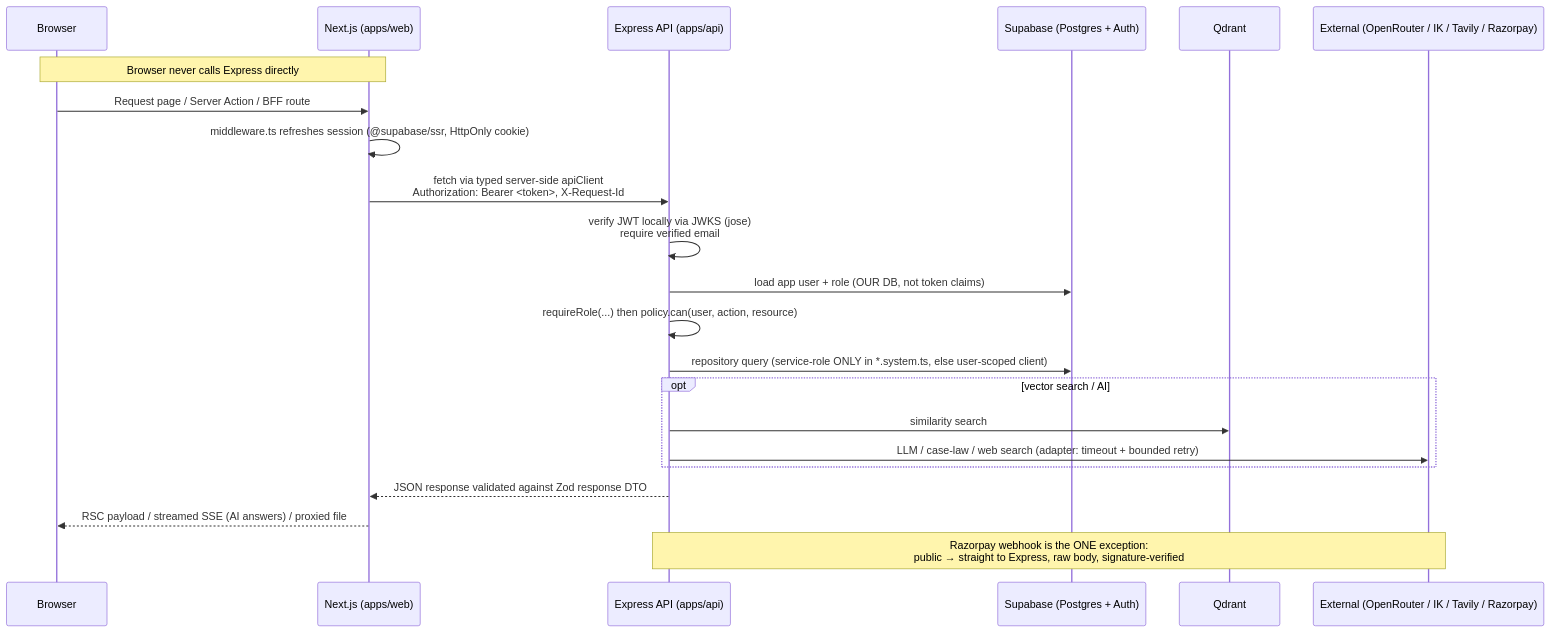
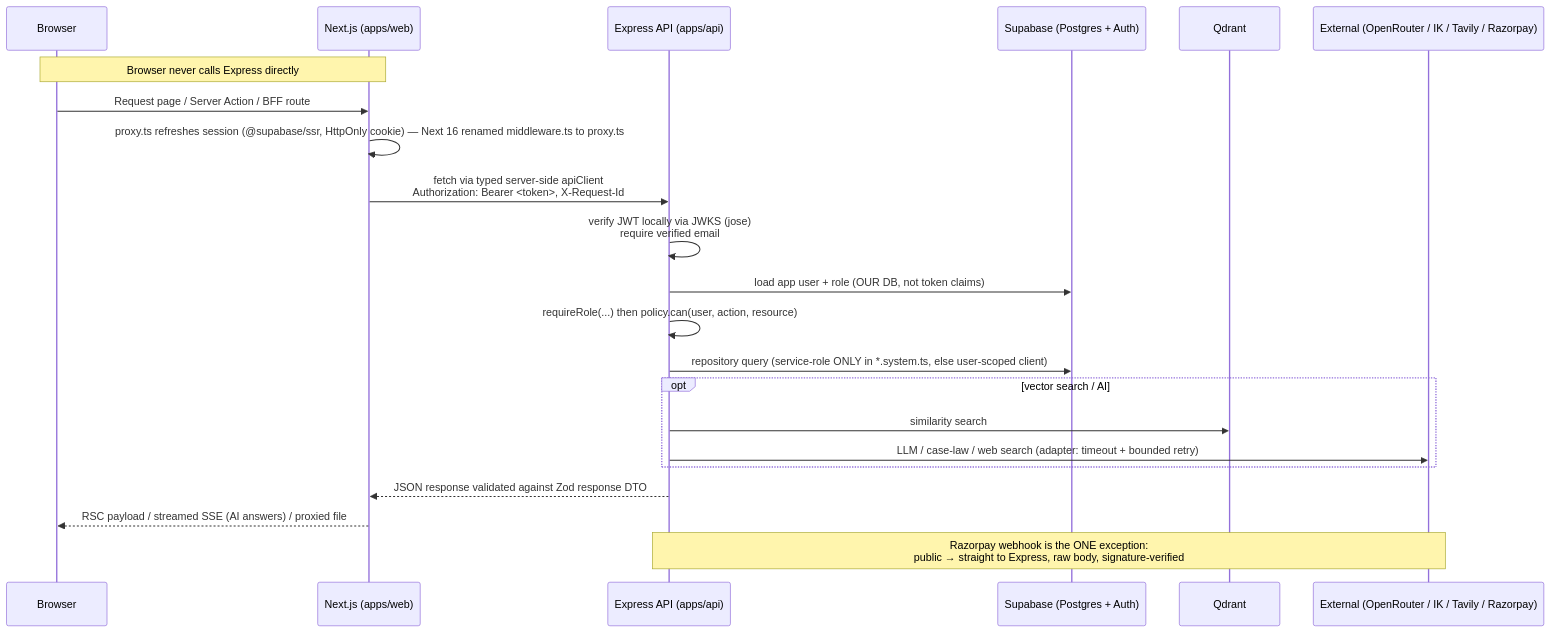
One commit to umar-ali-shaikh/Samicus changed the first of 4 diagrams in docs/architecture/01-target-architecture.md. Above: the diagram before and after it, drawn with Mermaid. The commit also changed other lines of this file and 156 other files, not shown here.

````diff
--- a/docs/architecture/01-target-architecture.md
+++ b/docs/architecture/01-target-architecture.md
@@ -21,26 +21,26 @@
 ```mermaid
 sequenceDiagram
     participant B as Browser
     participant N as Next.js (apps/web)
     participant E as Express API (apps/api)
     participant S as Supabase (Postgres + Auth)
     participant Q as Qdrant
     participant X as External (OpenRouter / IK / Tavily / Razorpay)
 
     Note over B,N: Browser never calls Express directly
     B->>N: Request page / Server Action / BFF route
-    N->>N: middleware.ts refreshes session (@supabase/ssr, HttpOnly cookie)
+    N->>N: proxy.ts refreshes session (@supabase/ssr, HttpOnly cookie) — Next 16 renamed middleware.ts to proxy.ts
     N->>E: fetch via typed server-side apiClient<br/>Authorization: Bearer <token>, X-Request-Id
     E->>E: verify JWT locally via JWKS (jose)<br/>require verified email
     E->>S: load app user + role (OUR DB, not token claims)
     E->>E: requireRole(...) then policy.can(user, action, resource)
     E->>S: repository query (service-role ONLY in *.system.ts, else user-scoped client)
     opt vector search / AI
         E->>Q: similarity search
         E->>X: LLM / case-law / web search (adapter: timeout + bounded retry)
     end
     E-->>N: JSON response validated against Zod response DTO
     N-->>B: RSC payload / streamed SSE (AI answers) / proxied file
 
     Note over E,X: Razorpay webhook is the ONE exception:<br/>public → straight to Express, raw body, signature-verified
 ```
````
